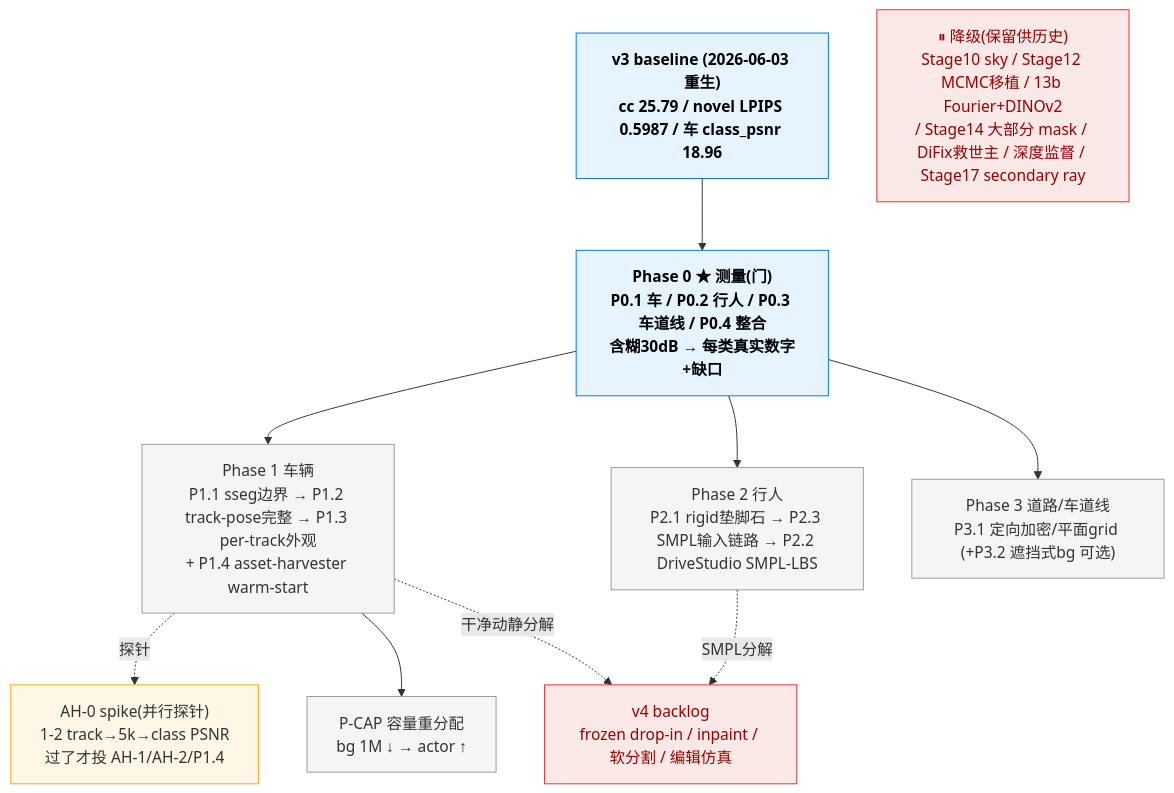
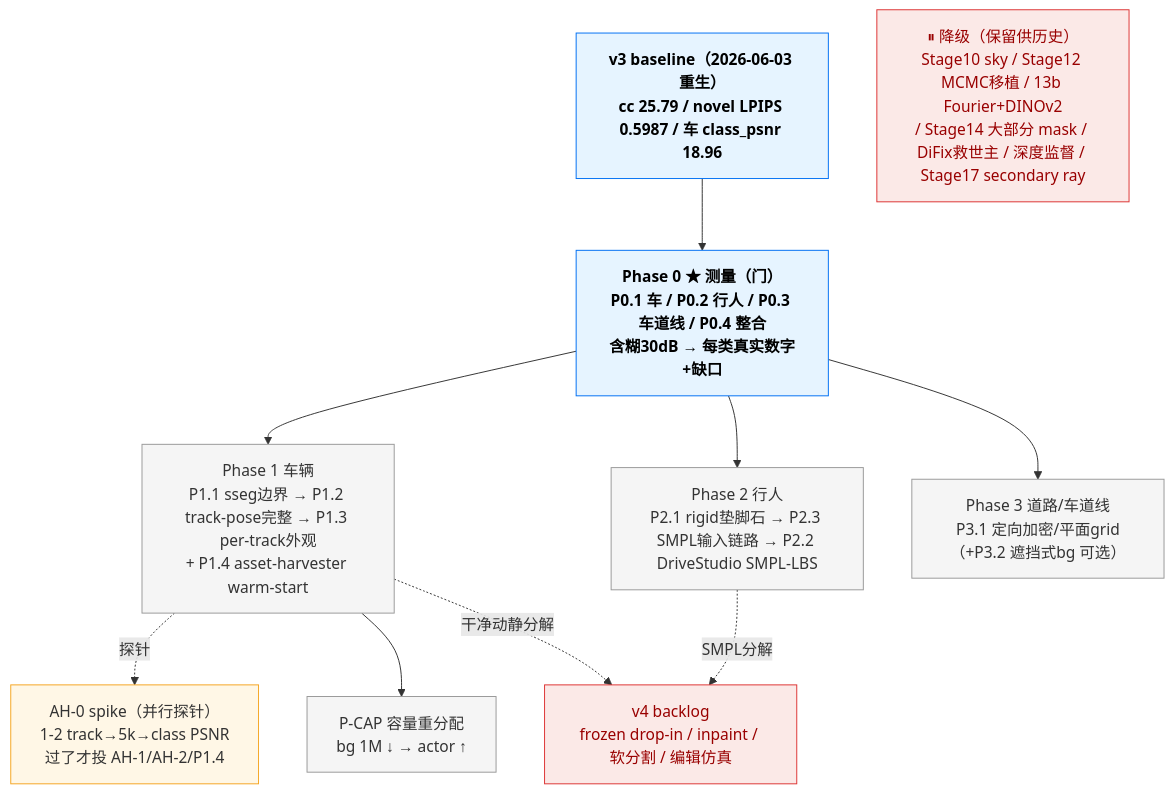
The second of 2 diagrams in v3_plan_revised.md (etendue/3dgrut), drawn with Mermaid before and after one commit. The commit also changed 1 other file, not shown here.

Commit message:
docs(claude): mermaid 节点标签禁用半角 () + 修正 v3_plan flowchart
- CLAUDE.md: 新增「Mermaid 图表约定」章节，规定 kanban/flowchart 节点
  标签括号一律全角 （），不用半角 ()（被误读为 id(text) 圆角节点语法
  而解析报错）；附会炸/不炸边界 + 提交前 awk 自查命令
- v3_plan_revised.md: § 1.4 依赖图 5 处节点标签半角 () → 全角 （）

````diff
--- a/v3_plan_revised.md
+++ b/v3_plan_revised.md
@@ -150,28 +150,28 @@
 ```mermaid
 flowchart TD
   classDef gate fill:#e6f4ff,stroke:#0070f3,color:#000,font-weight:bold
   classDef todo fill:#f5f5f5,stroke:#999,color:#333
   classDef wip fill:#fff7e6,stroke:#f5a623,color:#333
   classDef drop fill:#fbe9e7,stroke:#d33,color:#900
 
-  base["v3 baseline (2026-06-03 重生)<br/>cc 25.79 / novel LPIPS 0.5987 / 车 class_psnr 18.96"]:::gate
-  P0["Phase 0 ★ 测量(门)<br/>P0.1 车 / P0.2 行人 / P0.3 车道线 / P0.4 整合<br/>含糊30dB → 每类真实数字+缺口"]:::gate
+  base["v3 baseline（2026-06-03 重生）<br/>cc 25.79 / novel LPIPS 0.5987 / 车 class_psnr 18.96"]:::gate
+  P0["Phase 0 ★ 测量（门）<br/>P0.1 车 / P0.2 行人 / P0.3 车道线 / P0.4 整合<br/>含糊30dB → 每类真实数字+缺口"]:::gate
 
   P1["Phase 1 车辆<br/>P1.1 sseg边界 → P1.2 track-pose完整 → P1.3 per-track外观<br/>+ P1.4 asset-harvester warm-start"]:::todo
-  AH["AH-0 spike(并行探针)<br/>1-2 track→5k→class PSNR<br/>过了才投 AH-1/AH-2/P1.4"]:::wip
+  AH["AH-0 spike（并行探针）<br/>1-2 track→5k→class PSNR<br/>过了才投 AH-1/AH-2/P1.4"]:::wip
   P2["Phase 2 行人<br/>P2.1 rigid垫脚石 → P2.3 SMPL输入链路 → P2.2 DriveStudio SMPL-LBS"]:::todo
-  P3["Phase 3 道路/车道线<br/>P3.1 定向加密/平面grid (+P3.2 遮挡式bg 可选)"]:::todo
+  P3["Phase 3 道路/车道线<br/>P3.1 定向加密/平面grid（+P3.2 遮挡式bg 可选）"]:::todo
   CAP["P-CAP 容量重分配<br/>bg 1M ↓ → actor ↑"]:::todo
 
-  DROP["⏸ 降级(保留供历史)<br/>Stage10 sky / Stage12 MCMC移植 / 13b Fourier+DINOv2<br/>/ Stage14 大部分 mask / DiFix救世主 / 深度监督 / Stage17 secondary ray"]:::drop
+  DROP["⏸ 降级（保留供历史）<br/>Stage10 sky / Stage12 MCMC移植 / 13b Fourier+DINOv2<br/>/ Stage14 大部分 mask / DiFix救世主 / 深度监督 / Stage17 secondary ray"]:::drop
   V4["v4 backlog<br/>frozen drop-in / inpaint / 软分割 / 编辑仿真"]:::drop
 
   base --> P0
   P0 --> P1
   P0 --> P2
   P0 --> P3
   P1 -.探针.-> AH
   P1 --> CAP
   P1 -.干净动静分解.-> V4
   P2 -.SMPL分解.-> V4
 ```
````
